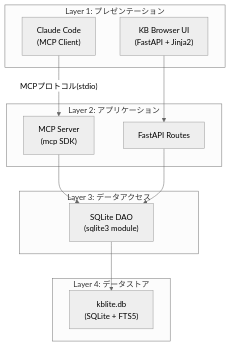
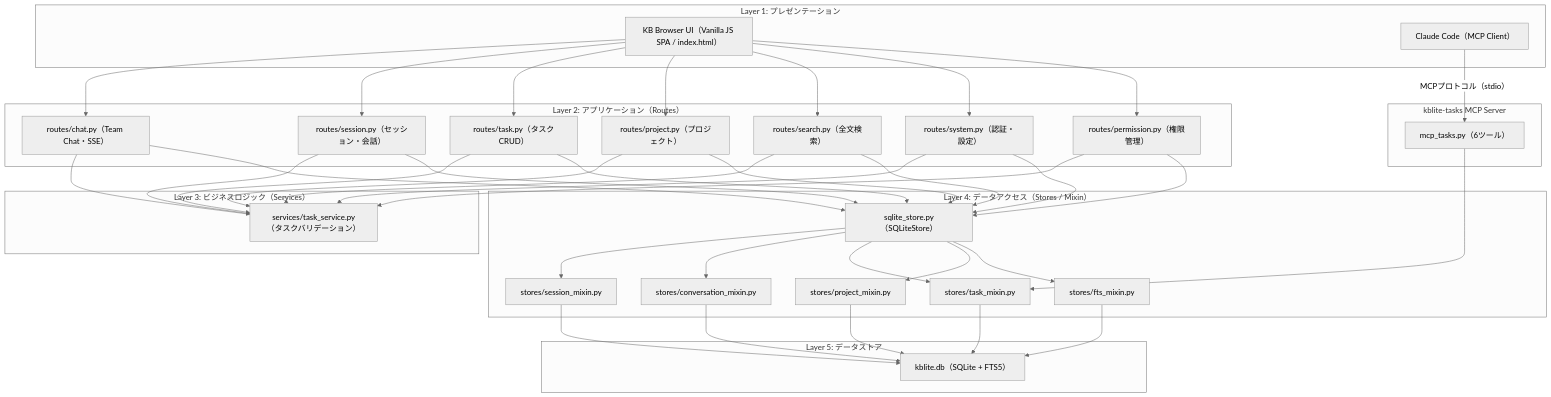
The first of 7 diagrams in doc/DESIGN-002_kblite-basic-design.md (76Hata/KBLite), drawn with Mermaid (neutral theme) before and after one commit. The commit also changed other lines of this file and 4 other files, not shown here.

First line of the commit message:
docs: 設計書更新・mcp_tasks UTF-8修正

````diff
--- a/doc/DESIGN-002_kblite-basic-design.md
+++ b/doc/DESIGN-002_kblite-basic-design.md
@@ -17,26 +18,46 @@
 ```mermaid
 graph TB
     subgraph L1["Layer 1: プレゼンテーション"]
-        UI["KB Browser UI<br/>(FastAPI + Jinja2)"]
-        CC["Claude Code<br/>(MCP Client)"]
+        SPA["KB Browser UI（Vanilla JS SPA / index.html）"]
+        CC["Claude Code（MCP Client）"]
     end
 
-    subgraph L2["Layer 2: アプリケーション"]
-        MCP["MCP Server<br/>(mcp SDK)"]
-        API["FastAPI Routes"]
+    subgraph L2["Layer 2: アプリケーション（Routes）"]
+        ChatR["routes/chat.py（Team Chat・SSE）"]
+        SessionR["routes/session.py（セッション・会話）"]
+        TaskR["routes/task.py（タスクCRUD）"]
+        ProjectR["routes/project.py（プロジェクト）"]
+        SearchR["routes/search.py（全文検索）"]
+        SystemR["routes/system.py（認証・設定）"]
+        PermR["routes/permission.py（権限管理）"]
     end
 
-    subgraph L3["Layer 3: データアクセス"]
-        DAO["SQLite DAO<br/>(sqlite3 module)"]
+    subgraph L3["Layer 3: ビジネスロジック（Services）"]
+        TaskSvc["services/task_service.py（タスクバリデーション）"]
     end
 
-    subgraph L4["Layer 4: データストア"]
-        DB["kblite.db<br/>(SQLite + FTS5)"]
+    subgraph L4["Layer 4: データアクセス（Stores / Mixin）"]
+        Store["sqlite_store.py（SQLiteStore）"]
+        SM["stores/session_mixin.py"]
+        CM["stores/conversation_mixin.py"]
+        TM["stores/task_mixin.py"]
+        PM["stores/project_mixin.py"]
+        FM["stores/fts_mixin.py"]
     end
 
-    CC -->|"MCPプロトコル(stdio)"| MCP
-    UI --> API
-    MCP --> DAO
-    API --> DAO
-    DAO --> DB
+    subgraph L5["Layer 5: データストア"]
+        DB["kblite.db（SQLite + FTS5）"]
+    end
+
+    subgraph MCP["kblite-tasks MCP Server"]
+        MCPS["mcp_tasks.py（6ツール）"]
+    end
+
+    CC -->|"MCPプロトコル（stdio）"| MCPS
+    SPA --> ChatR & SessionR & TaskR & ProjectR & SearchR & SystemR & PermR
+    ChatR & SessionR & TaskR & ProjectR & SearchR & SystemR & PermR --> TaskSvc
+    ChatR & SessionR & TaskR & ProjectR & SearchR & SystemR & PermR --> Store
+    Store --> SM & CM & TM & PM & FM
+    MCPS --> TM
+    SM & CM & TM & PM & FM --> DB
 ```
````
